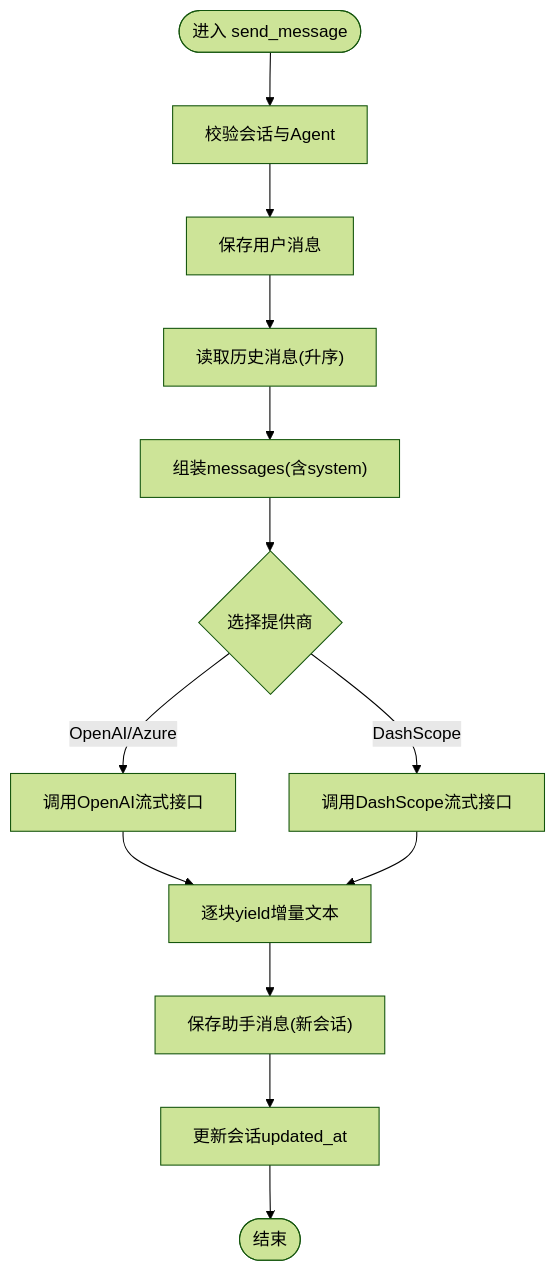
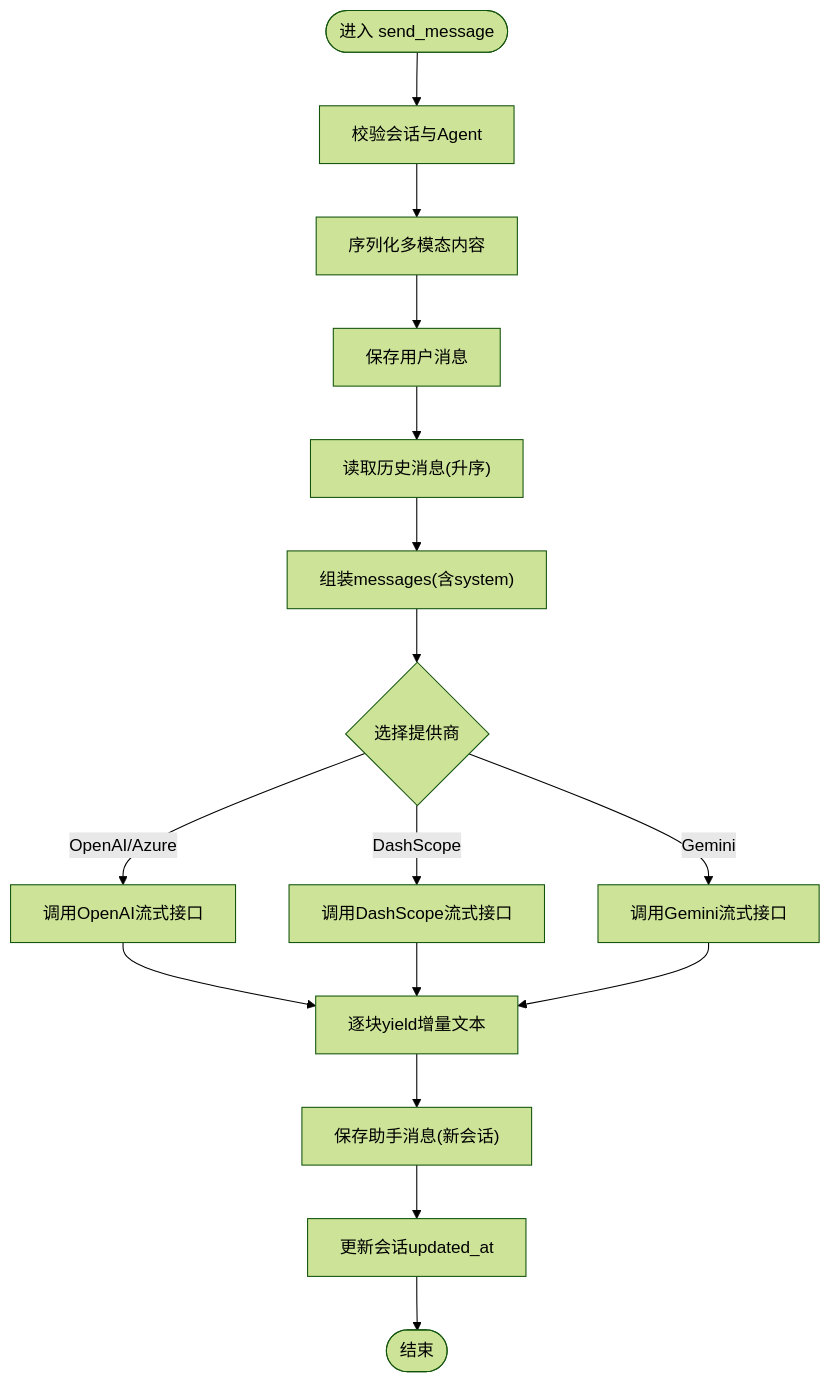
The third of 8 diagrams in .qoder/repowiki/zh/content/后端开发指南/API路由系统/聊天交互API.md (KunLabAI/KunFlix), drawn with Mermaid (forest theme) before and after one commit. The commit also changed other lines of this file and 25 other files, not shown here.

````diff
--- a/.qoder/repowiki/zh/content/后端开发指南/API路由系统/聊天交互API.md
+++ b/.qoder/repowiki/zh/content/后端开发指南/API路由系统/聊天交互API.md
@@ -133,15 +167,18 @@
 ```mermaid
 flowchart TD
 Start(["进入 send_message"]) --> CheckSession["校验会话与Agent"]
-CheckSession --> SaveUser["保存用户消息"]
+CheckSession --> SerializeContent["序列化多模态内容"]
+SerializeContent --> SaveUser["保存用户消息"]
 SaveUser --> LoadHistory["读取历史消息(升序)"]
 LoadHistory --> BuildMessages["组装messages(含system)"]
 BuildMessages --> CallProvider{"选择提供商"}
 CallProvider --> |OpenAI/Azure| OpenAI["调用OpenAI流式接口"]
 CallProvider --> |DashScope| Dash["调用DashScope流式接口"]
+CallProvider --> |Gemini| Gemini["调用Gemini流式接口"]
 OpenAI --> StreamOut["逐块yield增量文本"]
 Dash --> StreamOut
+Gemini --> StreamOut
 StreamOut --> SaveAssistant["保存助手消息(新会话)"]
 SaveAssistant --> UpdateTS["更新会话updated_at"]
 UpdateTS --> End(["结束"])
 ```
````
